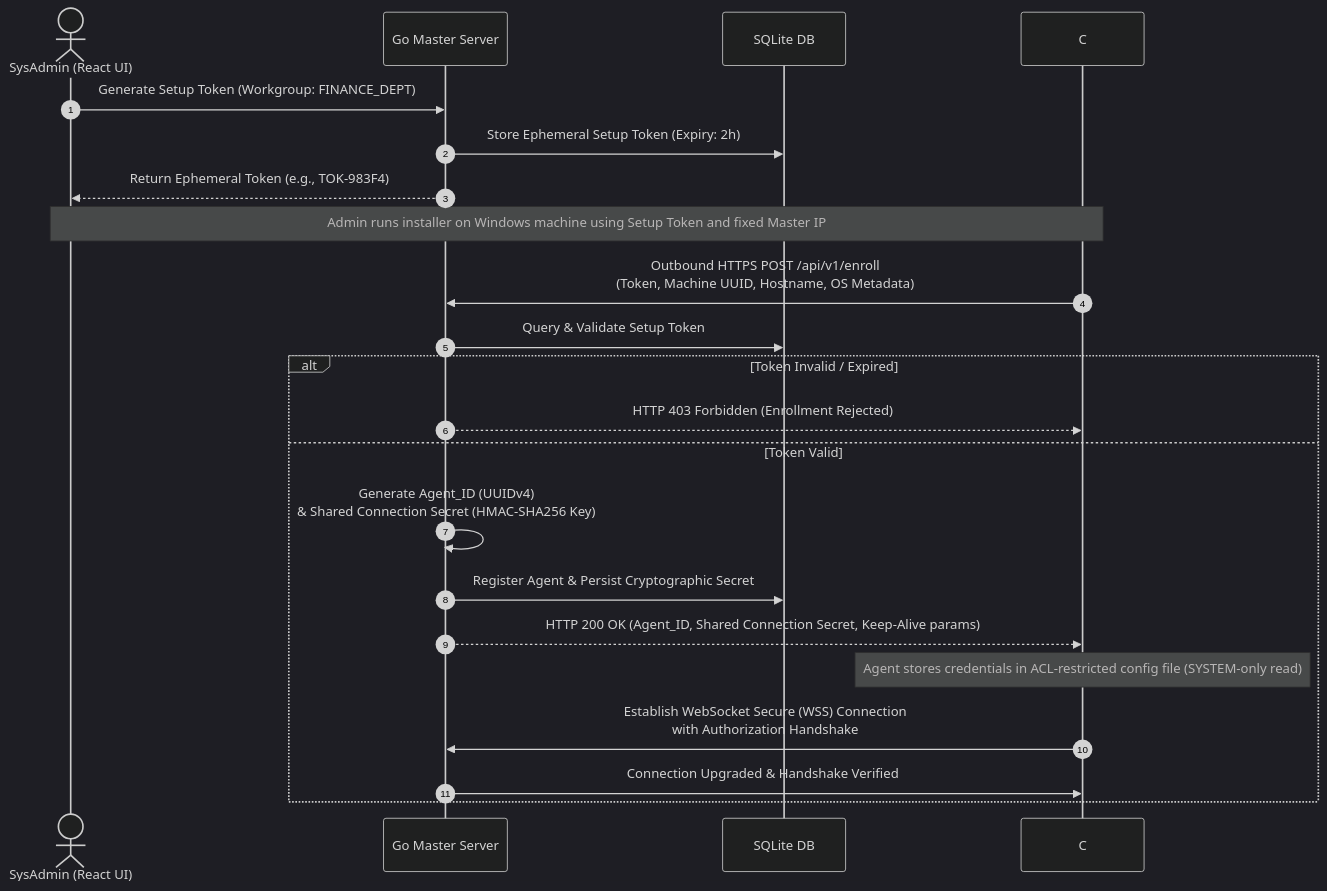
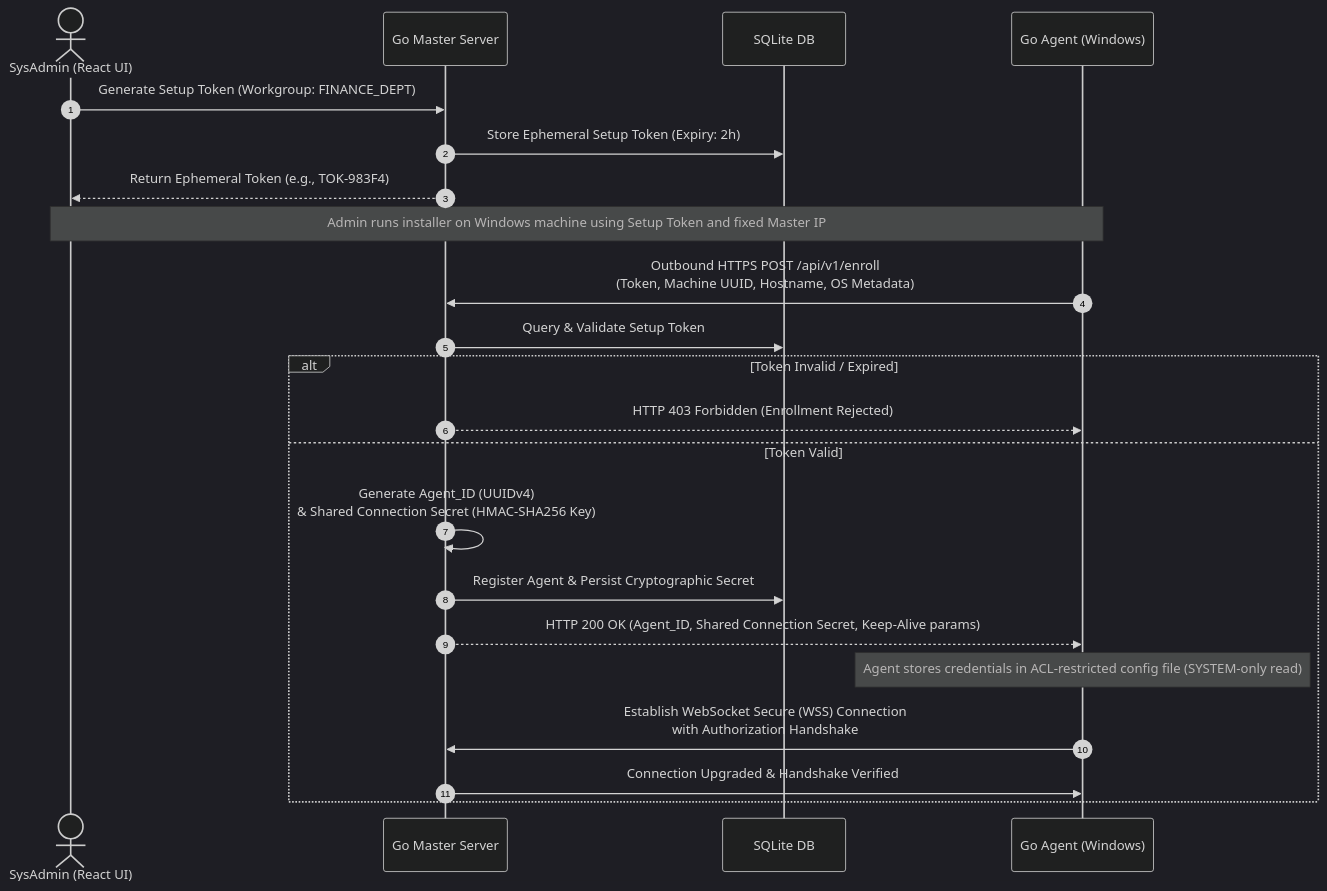
One commit to ssutikno/Windows-Policy-Security-Manager changed the second of 2 diagrams in wwpo_prd_and_tech_spec.md. Above: the diagram before and after it, drawn with Mermaid (dark theme). The commit also changed other lines of this file and 1 other file, not shown here.

Commit message:
Update PRD, tech specs, and skills matrix for Go Client Agent

````diff
--- a/wwpo_prd_and_tech_spec.md
+++ b/wwpo_prd_and_tech_spec.md
@@ -89,25 +89,25 @@
 ```mermaid
 sequenceDiagram
     autonumber
     actor Admin as SysAdmin (React UI)
     participant Master as Go Master Server
     participant DB as SQLite DB
-    participant Agent as C# Agent (Windows)
+    participant Agent as Go Agent (Windows)
 
     Admin->>Master: Generate Setup Token (Workgroup: FINANCE_DEPT)
     Master->>DB: Store Ephemeral Setup Token (Expiry: 2h)
     Master-->>Admin: Return Ephemeral Token (e.g., TOK-983F4)
     Note over Admin, Agent: Admin runs installer on Windows machine using Setup Token and fixed Master IP
     Agent->>Master: Outbound HTTPS POST /api/v1/enroll<br/>(Token, Machine UUID, Hostname, OS Metadata)
     Master->>DB: Query & Validate Setup Token
     alt Token Invalid / Expired
         Master-->>Agent: HTTP 403 Forbidden (Enrollment Rejected)
     else Token Valid
         Master->>Master: Generate Agent_ID (UUIDv4)<br/>& Shared Connection Secret (HMAC-SHA256 Key)
         Master->>DB: Register Agent & Persist Cryptographic Secret
         Master-->>Agent: HTTP 200 OK (Agent_ID, Shared Connection Secret, Keep-Alive params)
         Note over Agent: Agent stores credentials in ACL-restricted config file (SYSTEM-only read)
         Agent->>Master: Establish WebSocket Secure (WSS) Connection<br/>with Authorization Handshake
         Master->>Agent: Connection Upgraded & Handshake Verified
     end
 ```
````
